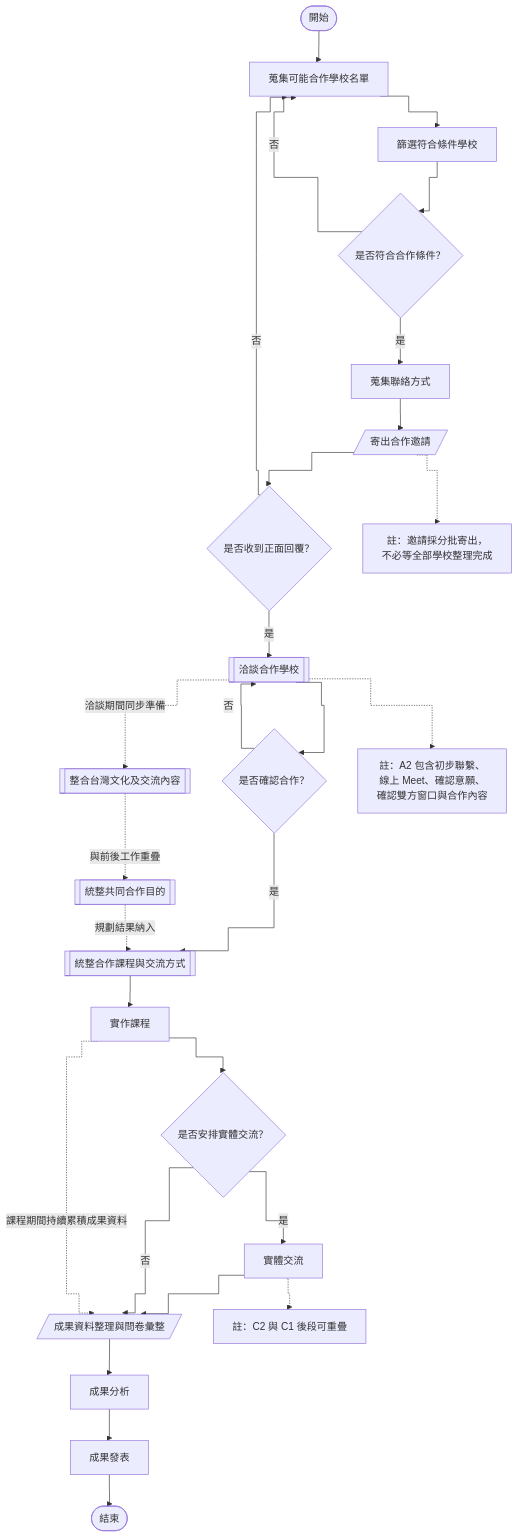
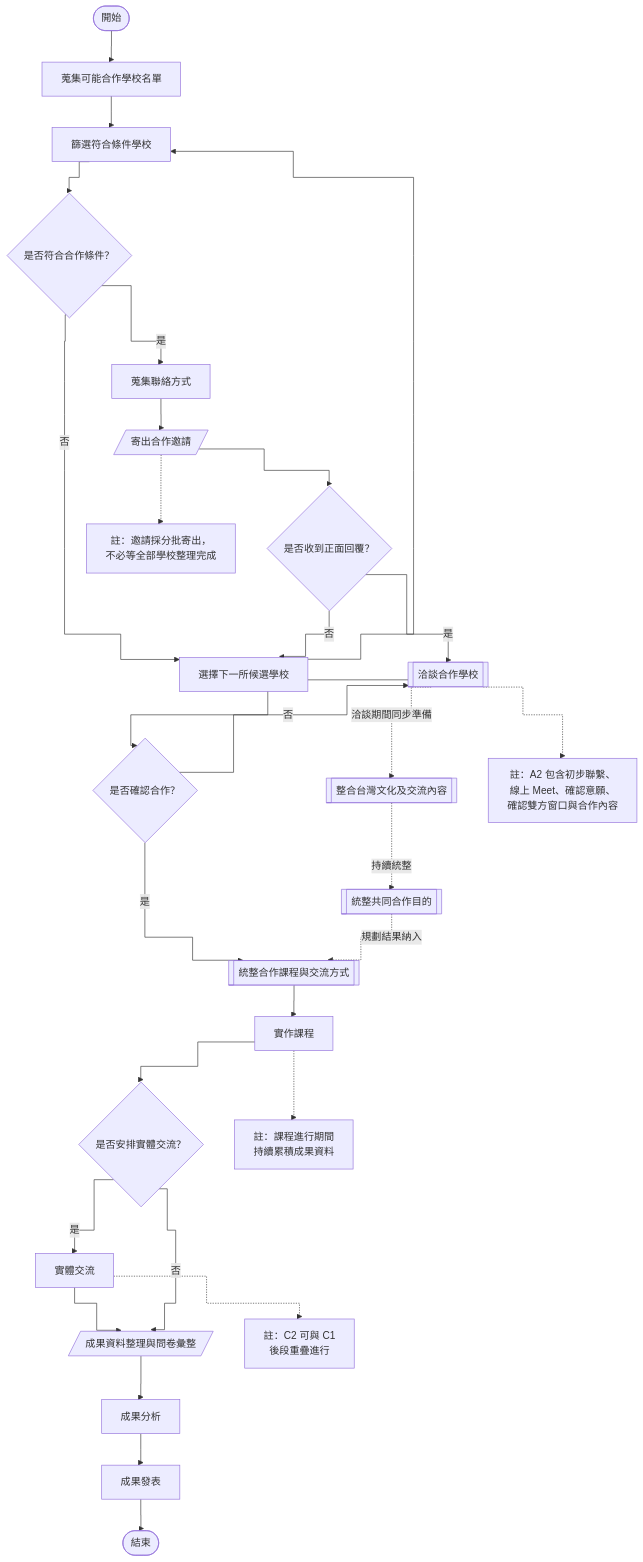
One commit to hank0729/- changed the diagram in README.md. Above: the diagram before and after it, drawn with Mermaid. The commit also changed other lines of this file, not shown here.

````diff
--- a/README.md
+++ b/README.md
@@ -15,12 +15,15 @@
   }
 }}%%
 flowchart TD
+
+    %% ===== 開始 =====
     START([開始])
 
     %% ===== A. 合作學校接洽 =====
     A11[蒐集可能合作學校名單]
     A12[篩選符合條件學校]
     ACHK{是否符合合作條件？}
+    ANEXT[選擇下一所候選學校]
     A13[蒐集聯絡方式]
     A14[/寄出合作邀請/]
     AREPLY{是否收到正面回覆？}
@@ -45,37 +48,48 @@
     END([結束])
 
     %% ===== 主流程 =====
-    START --> A11 --> A12 --> ACHK
+    START --> A11
+    A11 --> A12
+    A12 --> ACHK
 
-    ACHK -- 否 --> A11
-    ACHK -- 是 --> A13 --> A14 --> AREPLY
+    ACHK -- 是 --> A13
+    A13 --> A14
+    A14 --> AREPLY
 
-    AREPLY -- 否 --> A11
-    AREPLY -- 是 --> A2 --> ACONFIRM
+    AREPLY -- 是 --> A2
+    A2 --> ACONFIRM
 
-    ACONFIRM -- 否 --> A2
     ACONFIRM -- 是 --> B3
+    B3 --> C1
+    C1 --> C2CHECK
 
-    B3 --> C1 --> C2CHECK
-
-    C2CHECK -- 是 --> C2 --> D1
+    C2CHECK -- 是 --> C2
+    C2 --> D1
     C2CHECK -- 否 --> D1
 
-    D1 --> D2 --> D3 --> END
+    D1 --> D2
+    D2 --> D3
+    D3 --> END
+
+    %% ===== 否 / 回圈 =====
+    ACHK -- 否 --> ANEXT
+    AREPLY -- 否 --> ANEXT
+    ACONFIRM -- 否 --> A2
+    ANEXT --> A12
 
     %% ===== 並行作業 =====
     A2 -. 洽談期間同步準備 .-> B1
-    B1 -. 與前後工作重疊 .-> B2
+    B1 -. 持續統整 .-> B2
     B2 -. 規劃結果納入 .-> B3
 
-    C1 -. 課程期間持續累積成果資料 .-> D1
-
     %% ===== 註釋 =====
-    N1["註：邀請採分批寄出，\n不必等全部學校整理完成"]
-    N2["註：A2 包含初步聯繫、\n線上 Meet、確認意願、\n確認雙方窗口與合作內容"]
-    N3["註：C2 與 C1 後段可重疊"]
+    N1["註：邀請採分批寄出，<br/>不必等全部學校整理完成"]
+    N2["註：A2 包含初步聯繫、<br/>線上 Meet、確認意願、<br/>確認雙方窗口與合作內容"]
+    N3["註：課程進行期間<br/>持續累積成果資料"]
+    N4["註：C2 可與 C1<br/>後段重疊進行"]
 
     A14 -.-> N1
     A2 -.-> N2
-    C2 -.-> N3
+    C1 -.-> N3
+    C2 -.-> N4
 ```
````
